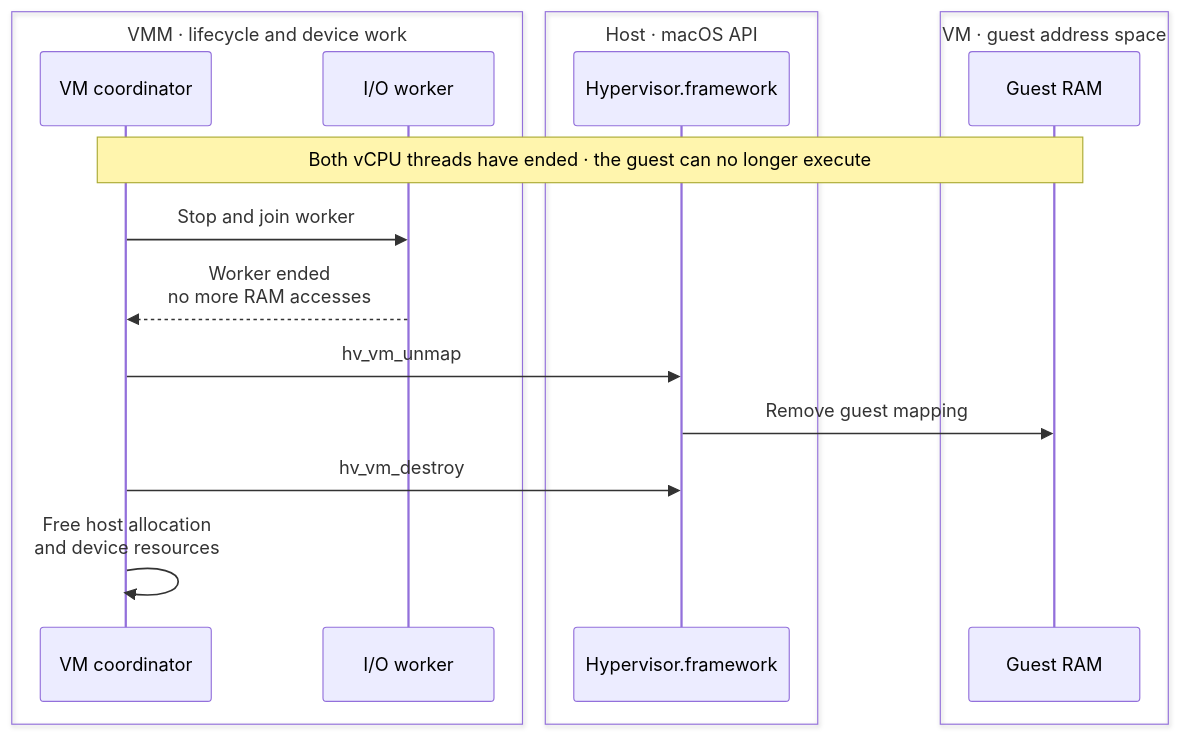
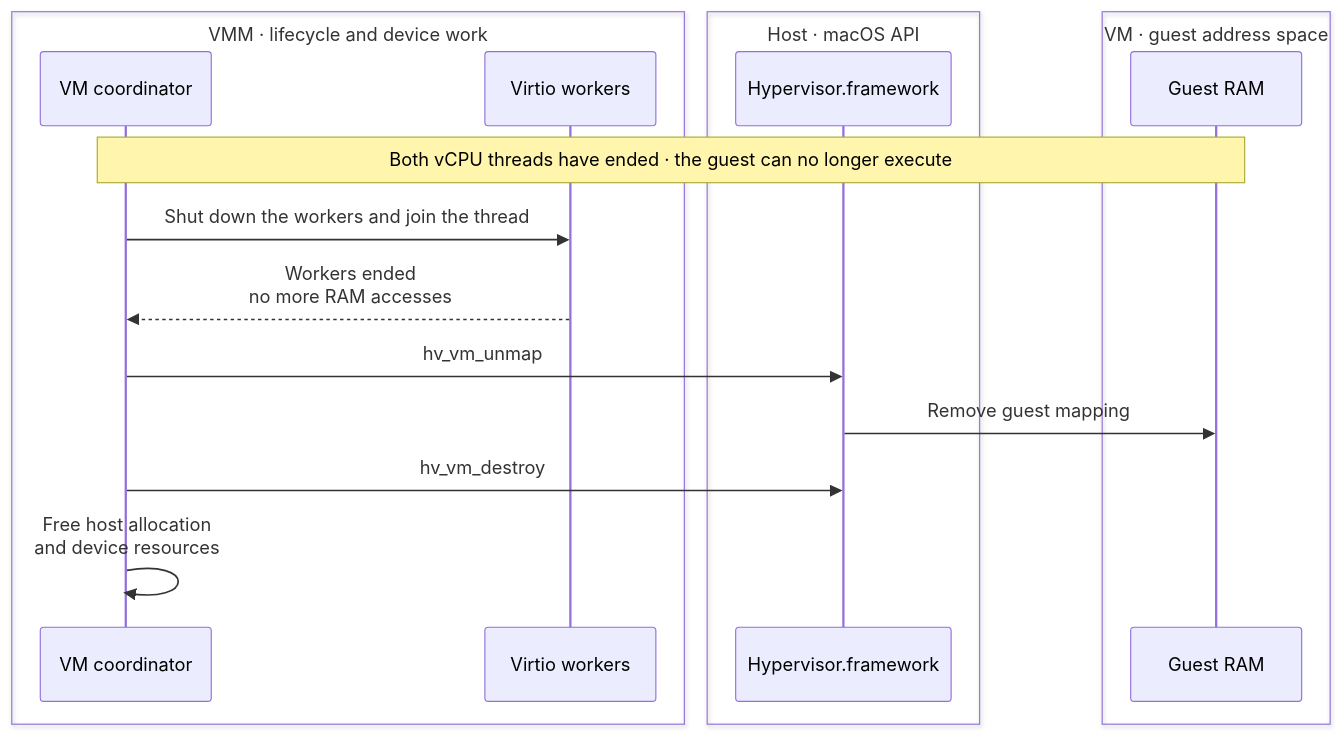
One commit to boxlite-ai/boxlite changed the ninth of 9 diagrams in docs/contributing/architecture/vmm/hvf.md. Above: the diagram before and after it, drawn with Mermaid. The commit also changed other lines of this file and 23 other files, not shown here.

First line of the commit message:
feat(vmm): add the virtio workers (#2291)

````diff
--- a/docs/contributing/architecture/vmm/hvf.md
+++ b/docs/contributing/architecture/vmm/hvf.md
@@ -266,26 +266,26 @@
 ```mermaid
 sequenceDiagram
   box VMM · lifecycle and device work
     participant coordinator as VM coordinator
-    participant worker as I/O worker
+    participant worker as Virtio workers
   end
   box Host · macOS API
     participant hvf as Hypervisor.framework
   end
   box VM · guest address space
     participant guest_ram as Guest RAM
   end
   Note over coordinator,guest_ram: Both vCPU threads have ended · the guest can no longer execute
   %% edge:stop_worker
-  coordinator->>worker: Stop and join worker
+  coordinator->>worker: Shut down the workers and join the thread
   %% edge:stop_worker_done
-  worker-->>coordinator: Worker ended<br/>no more RAM accesses
+  worker-->>coordinator: Workers ended<br/>no more RAM accesses
   %% edge:stop_unmap
   coordinator->>hvf: hv_vm_unmap
   %% edge:stop_ram_view
   hvf->>guest_ram: Remove guest mapping
   %% edge:stop_destroy_vm
   coordinator->>hvf: hv_vm_destroy
   %% edge:stop_free
   coordinator->>coordinator: Free host allocation<br/>and device resources
 ```
````
